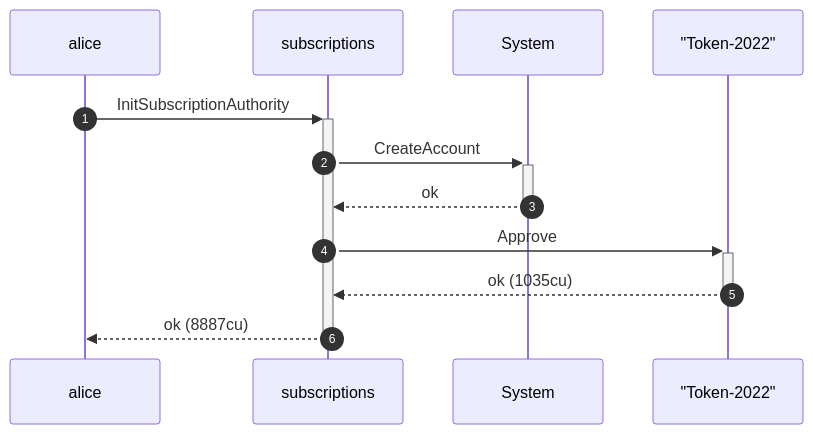
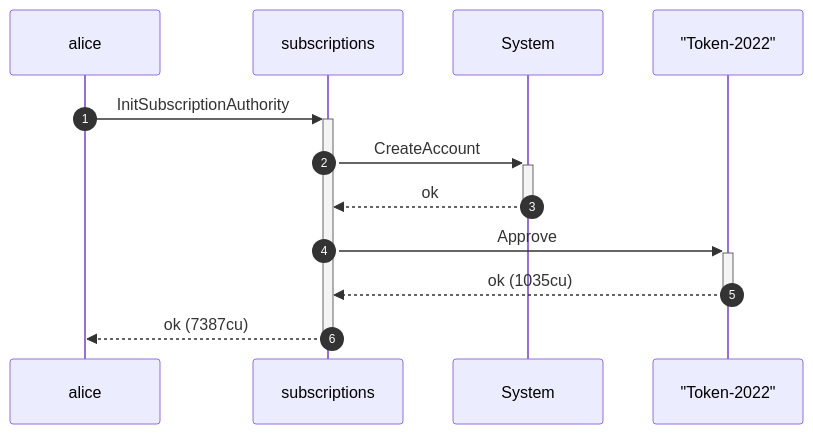
The second of 4 diagrams in dsl_tests/initialize-over-a-token-2022-mint---mintcloseauthority--confidentialtransfermint--.md (cds-rs/subscriptions), drawn with Mermaid before and after one commit. The commit also changed other lines of this file and 224 other files, not shown here.

````diff
--- a/dsl_tests/initialize-over-a-token-2022-mint---mintcloseauthority--confidentialtransfermint--.md
+++ b/dsl_tests/initialize-over-a-token-2022-mint---mintcloseauthority--confidentialtransfermint--.md
@@ -38,14 +39,14 @@
 ```mermaid
 sequenceDiagram
     autonumber
     participant alice
     participant subscriptions
     participant System
     participant Token_2022 as "Token-2022"
     alice ->>+ subscriptions: InitSubscriptionAuthority
     subscriptions ->>+ System: CreateAccount
     System -->>- subscriptions: ok
     subscriptions ->>+ Token_2022: Approve
     Token_2022 -->>- subscriptions: ok (1035cu)
-    subscriptions -->>- alice: ok (8887cu)
+    subscriptions -->>- alice: ok (7387cu)
 ```
````
